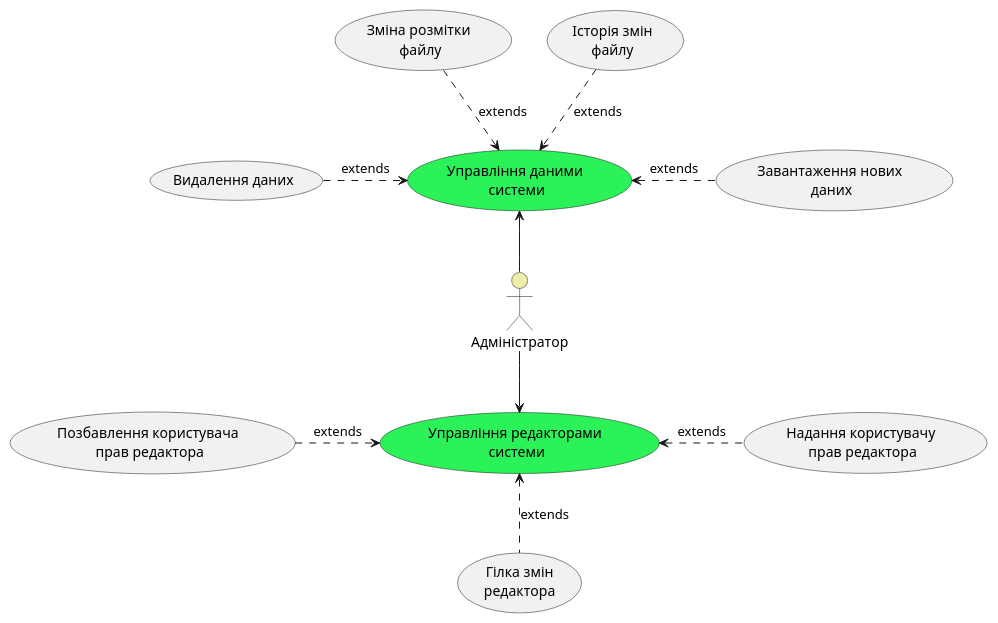
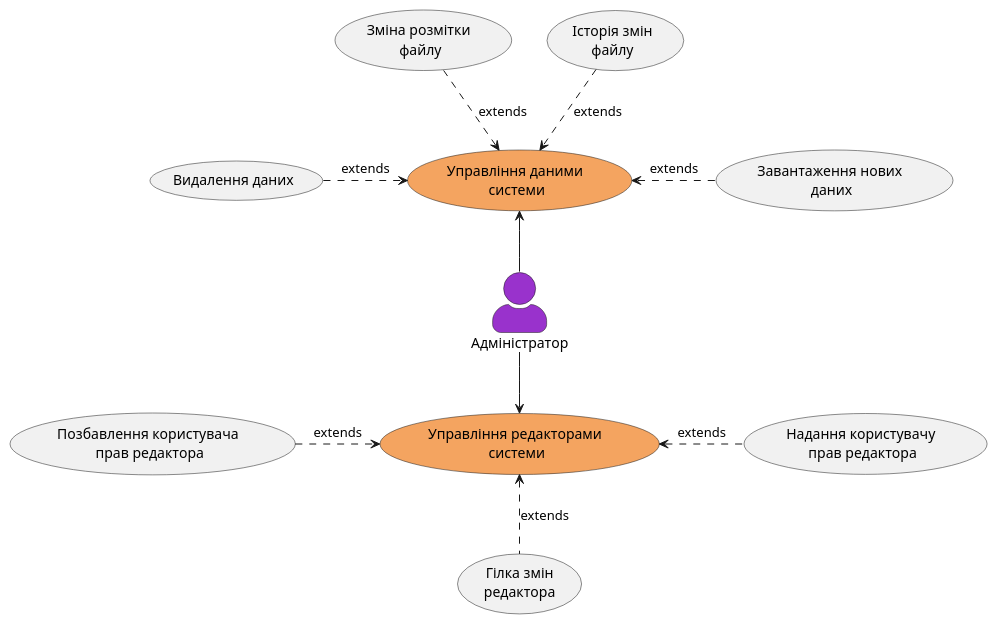
Before and after one commit to ELSheadali/IO-16_open-data-management-system: the fourth of 16 diagrams in docs/use cases/README.md, drawn with PlantUML. The commit also changed other lines of this file, not shown here.

```diff
--- a/docs/use cases/README.md
+++ b/docs/use cases/README.md
@@ -60,28 +60,28 @@
 @startuml
+skinparam actorStyle awesome
+actor "Адміністратор" as Admin  #9932CC
 
-actor "Адміністратор" as Admin #eeeeaa
-
-usecase "Управління даними \nсистеми" as ManageData #2cf25a 
-usecase "Управління редакторами \nсистеми" as ManageEditors #2cf25a 
+usecase "Управління даними \nсистеми" as ManageData #F4A460
+usecase "Управління редакторами \nсистеми" as ManageEditors #F4A460
 
 usecase "Видалення даних" as RemoveData 
 usecase "Зміна розмітки \nфайлу" as ChangeData 
 usecase "Завантаження нових \nданих" as UploadData 
 usecase "Історія змін\nфайлу" as EditHistoryData
 usecase "Гілка змін\nредактора" as BranchEditor
 usecase "Позбавлення користувача \nправ редактора" as RemoveEditor 
 usecase "Надання користувачу \nправ редактора" as AddEditor
 
 
 Admin -u-> ManageData 
 Admin -d-> ManageEditors 
 
 RemoveData .r.> ManageData :extends 
 UploadData .l.> ManageData :extends 
 ChangeData .d.> ManageData :extends
 EditHistoryData .d.> ManageData :extends 
 RemoveEditor .r.> ManageEditors :extends 
 AddEditor .l.> ManageEditors :extends
 BranchEditor .u.> ManageEditors :extends
 
 @enduml
```
